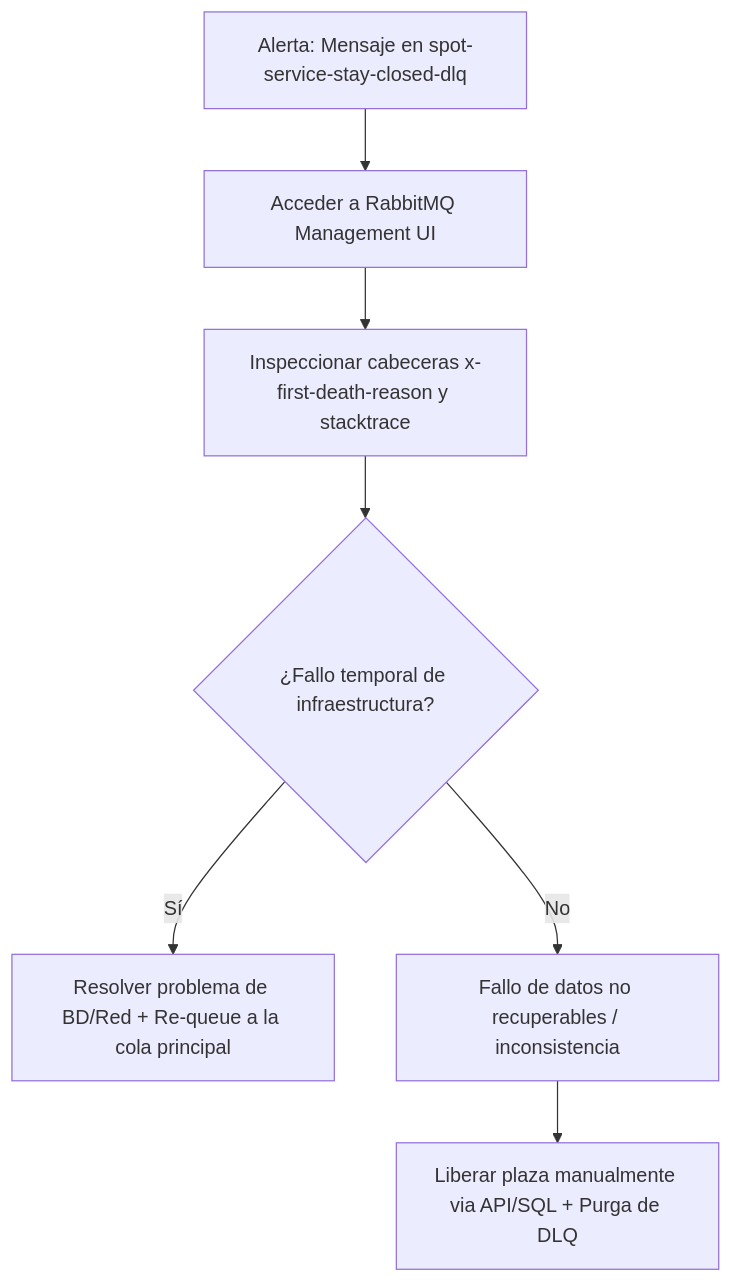
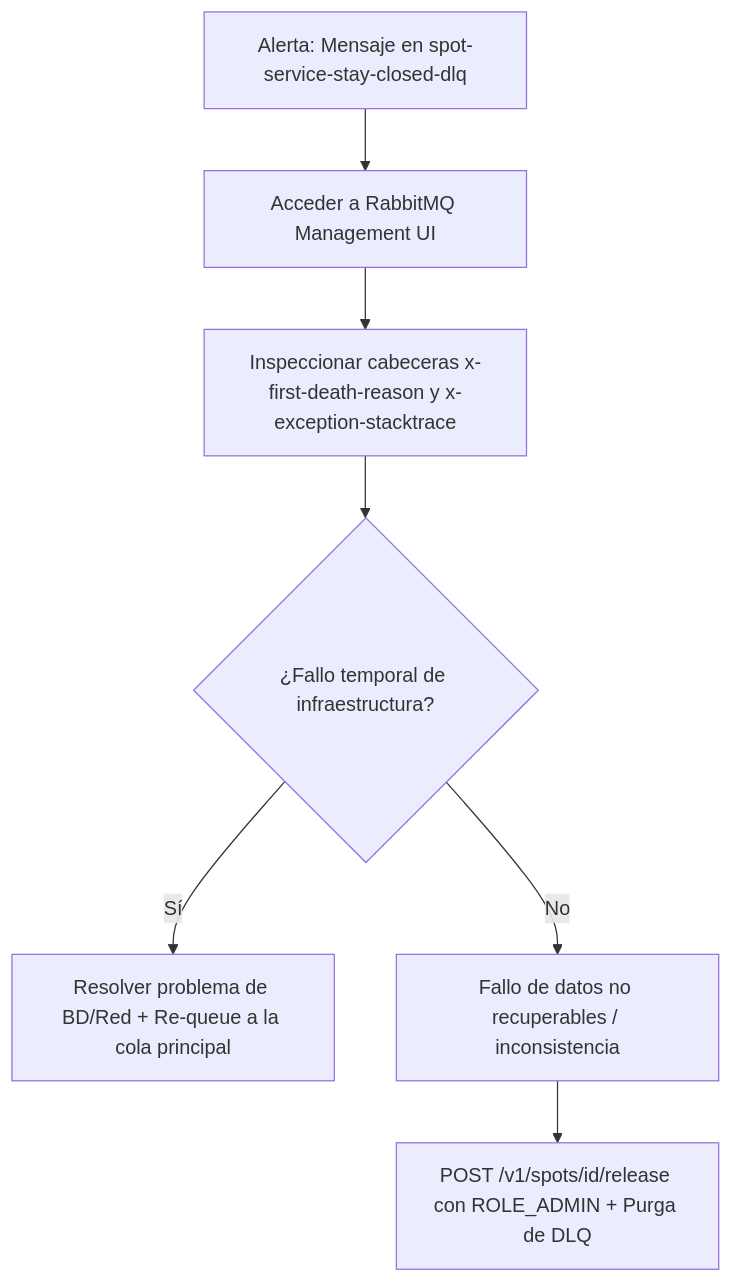
Before and after one commit to tartis-academy/tartis-recon-ai-parking-spotService: the diagram in backend/spot-service/docs/dlq_operational_protocol.md, drawn with Mermaid. The commit also changed other lines of this file and 4 other files, not shown here.

````diff
--- a/backend/spot-service/docs/dlq_operational_protocol.md
+++ b/backend/spot-service/docs/dlq_operational_protocol.md
@@ -33,9 +33,9 @@
 ```mermaid
 graph TD
     A[Alerta: Mensaje en spot-service-stay-closed-dlq] --> B[Acceder a RabbitMQ Management UI]
-    B --> C[Inspeccionar cabeceras x-first-death-reason y stacktrace]
+    B --> C[Inspeccionar cabeceras x-first-death-reason y x-exception-stacktrace]
     C --> D{¿Fallo temporal de infraestructura?}
     D -- Sí --> E[Resolver problema de BD/Red + Re-queue a la cola principal]
     D -- No --> F[Fallo de datos no recuperables / inconsistencia]
-    F --> G[Liberar plaza manualmente via API/SQL + Purga de DLQ]
+    F --> G[POST /v1/spots/id/release con ROLE_ADMIN + Purga de DLQ]
 ```
````
